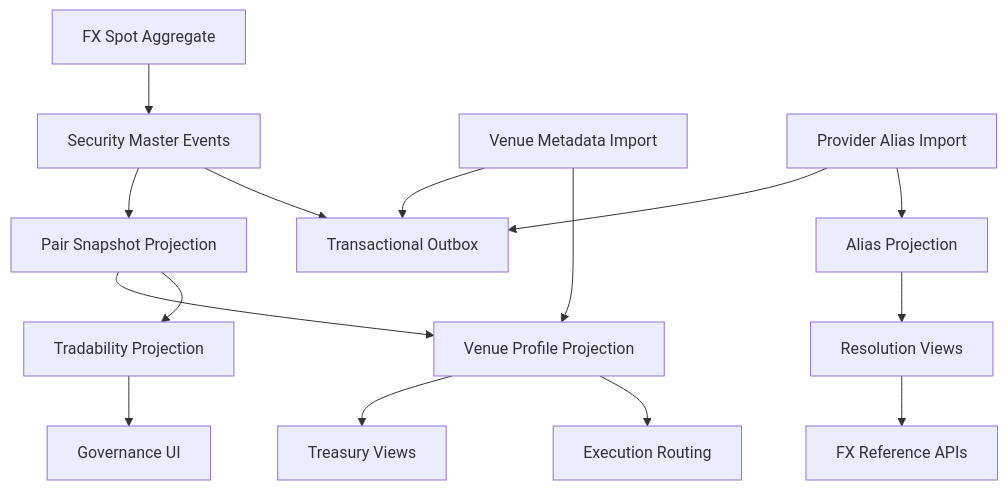
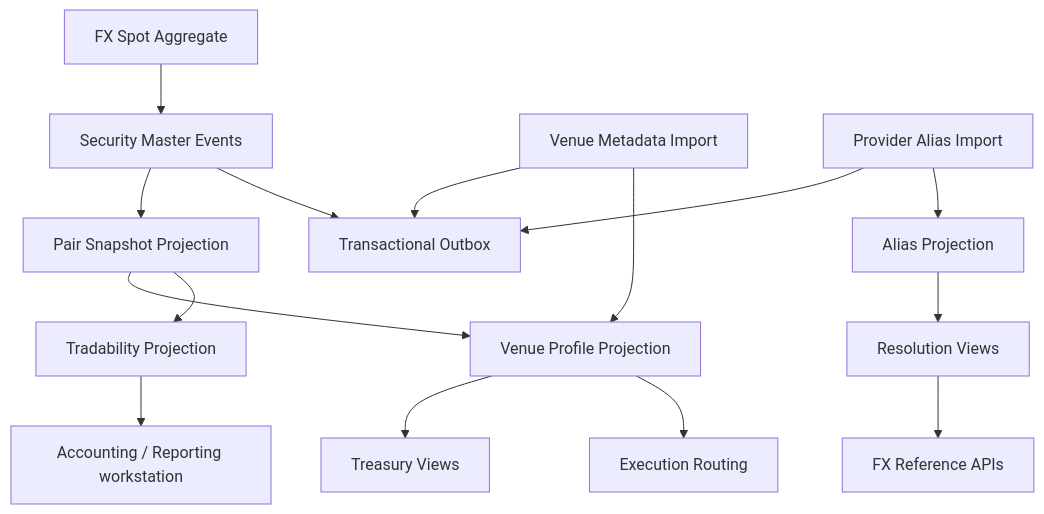
The diagram in docs/plans/ufl-fx-spot-target-state-v2.md (rodoHasArrived/Meridian-main), drawn with Mermaid before and after one commit. The commit also changed other lines of this file and 51 other files, not shown here.

````diff
--- a/docs/plans/ufl-fx-spot-target-state-v2.md
+++ b/docs/plans/ufl-fx-spot-target-state-v2.md
@@ -59,21 +59,21 @@
 ```mermaid
 flowchart TD
     Pair["FX Spot Aggregate"] --> PairEvents["Security Master Events"]
     PairEvents --> Outbox["Transactional Outbox"]
     PairEvents --> PairRM["Pair Snapshot Projection"]
 
     VenueImport["Venue Metadata Import"] --> VenueRM["Venue Profile Projection"]
     VenueImport --> Outbox
 
     AliasImport["Provider Alias Import"] --> AliasRM["Alias Projection"]
     AliasImport --> Outbox
 
     PairRM --> LifecycleRM["Tradability Projection"]
     PairRM --> VenueRM
     AliasRM --> Search["Resolution Views"]
 
     VenueRM --> Execution["Execution Routing"]
     VenueRM --> Treasury["Treasury Views"]
-    LifecycleRM --> Governance["Governance UI"]
+    LifecycleRM --> Governance["Accounting / Reporting workstation"]
     Search --> APIs["FX Reference APIs"]
 ```
````
